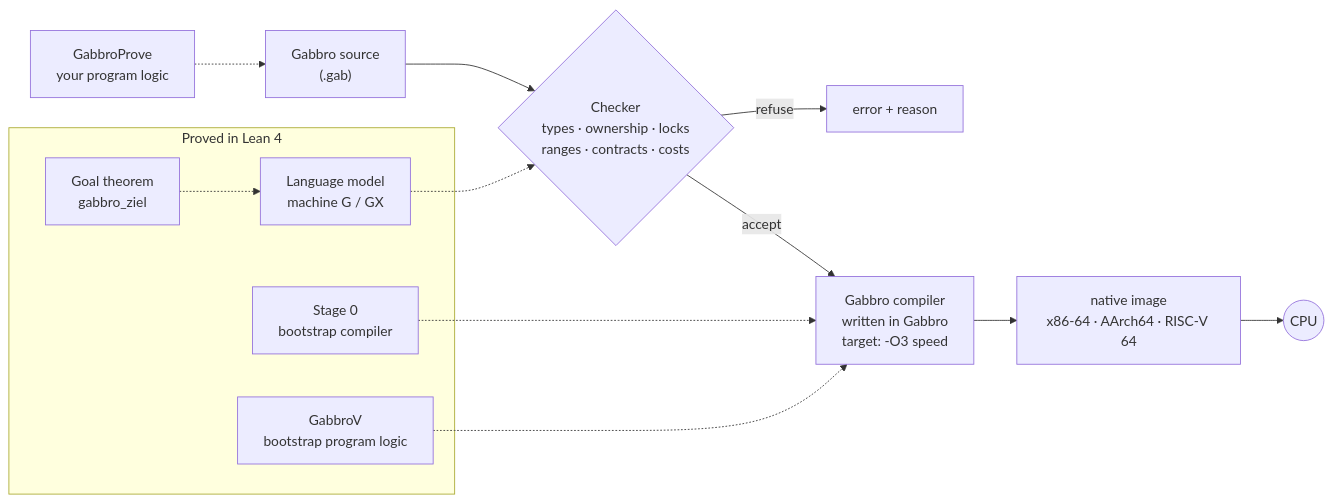
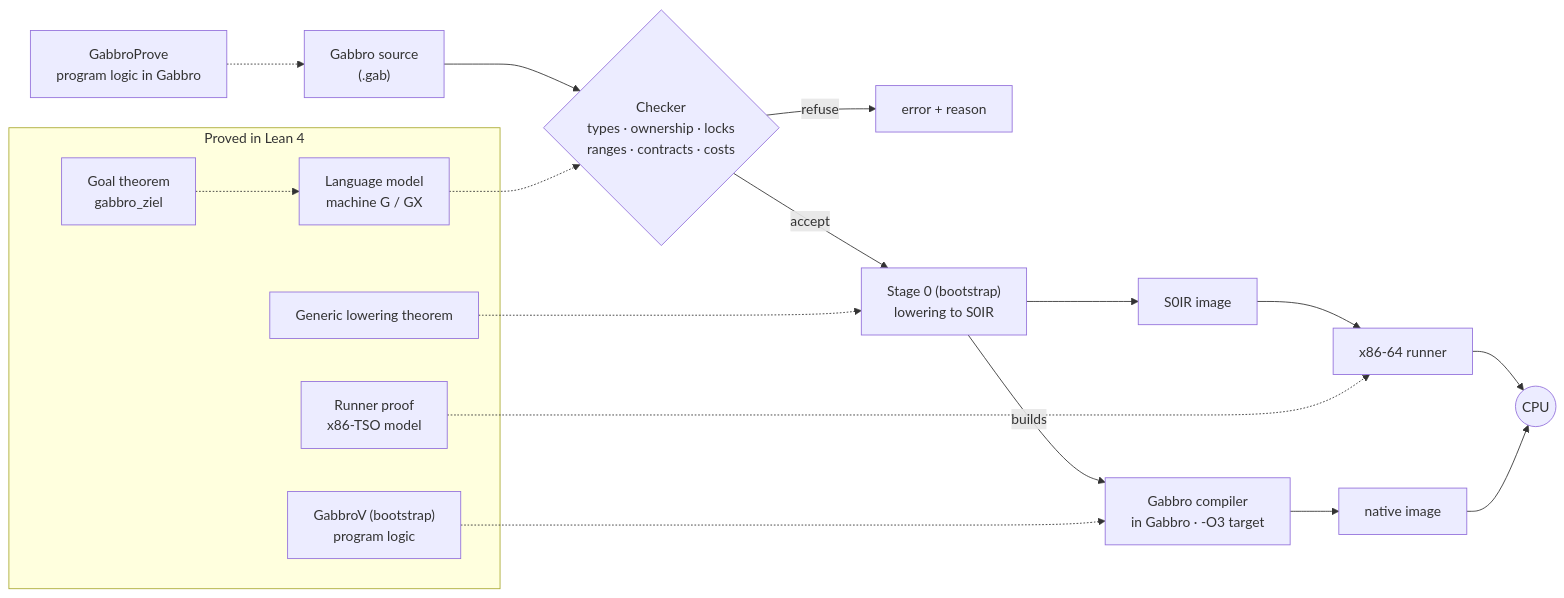
The diagram in README.md (SimonVitzethum/Gabbro), drawn with Mermaid before and after one commit. The commit also changed other lines of this file, not shown here.

Commit message:
docs(readme): keep the original diagram design, add the compiler, GabbroV and GabbroProve

````diff
--- a/README.md
+++ b/README.md
@@ -192,19 +192,22 @@
 ```mermaid
 flowchart LR
     src["Gabbro source<br/>(.gab)"] --> chk{"Checker<br/>types · ownership · locks<br/>ranges · contracts · costs"}
     chk -- refuse --> err["error + reason"]
-    chk -- accept --> comp["Gabbro compiler<br/>written in Gabbro<br/>target: -O3 speed"]
-    comp --> img["native image<br/>x86-64 · AArch64 · RISC-V 64"] --> cpu(("CPU"))
-    prove["GabbroProve<br/>your program logic"] -.-> src
+    chk -- accept --> s0["Stage 0 (bootstrap)<br/>lowering to S0IR"]
+    s0 --> img["S0IR image"] --> run["x86-64 runner"] --> cpu(("CPU"))
+    s0 -- builds --> comp["Gabbro compiler<br/>in Gabbro · -O3 target"] --> bin["native image"] --> cpu
+    prove["GabbroProve<br/>program logic in Gabbro"] -.-> src
 
     subgraph lean ["Proved in Lean 4"]
       model["Language model<br/>machine G / GX"]
       goal["Goal theorem<br/>gabbro_ziel"]
-      s0["Stage 0<br/>bootstrap compiler"]
-      gv["GabbroV<br/>bootstrap program logic"]
+      low["Generic lowering theorem"]
+      rt["Runner proof<br/>x86-TSO model"]
+      gv["GabbroV (bootstrap)<br/>program logic"]
     end
     model -.-> chk
     goal -.-> model
-    s0 -.-> comp
+    low -.-> s0
+    rt -.-> run
     gv -.-> comp
 ```
````
